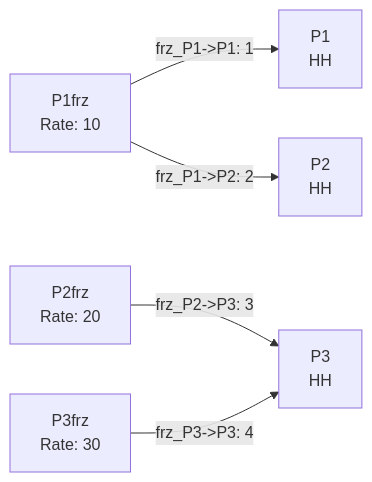
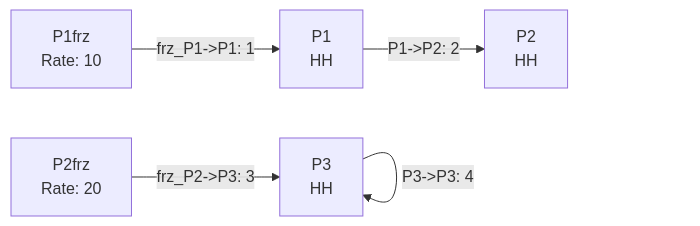
One commit to niknovikov19/subnet-builder changed the diagram in test/demo/par_sub.md. Above: the diagram before and after it, drawn with Mermaid. The commit also changed 3 other files, not shown here.

````diff
--- a/test/demo/par_sub.md
+++ b/test/demo/par_sub.md
@@ -1,13 +1,12 @@
 ```mermaid
 graph LR
     P1["P1<br/>HH"]
     P2["P2<br/>HH"]
     P3["P3<br/>HH"]
     P1frz["P1frz<br/>Rate: 10"]
-    P3frz["P3frz<br/>Rate: 30"]
     P2frz["P2frz<br/>Rate: 20"]
     P1frz -->|frz_P1->P1: 1| P1
-    P1frz -->|frz_P1->P2: 2| P2
+    P1 -->|P1->P2: 2| P2
     P2frz -->|frz_P2->P3: 3| P3
-    P3frz -->|frz_P3->P3: 4| P3
+    P3 -->|P3->P3: 4| P3
 ```
````
